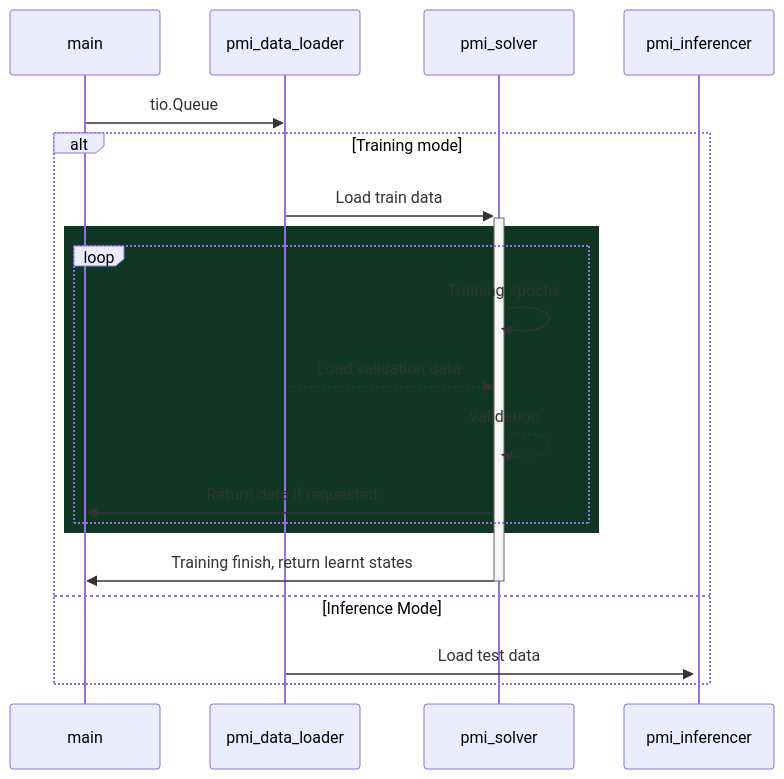
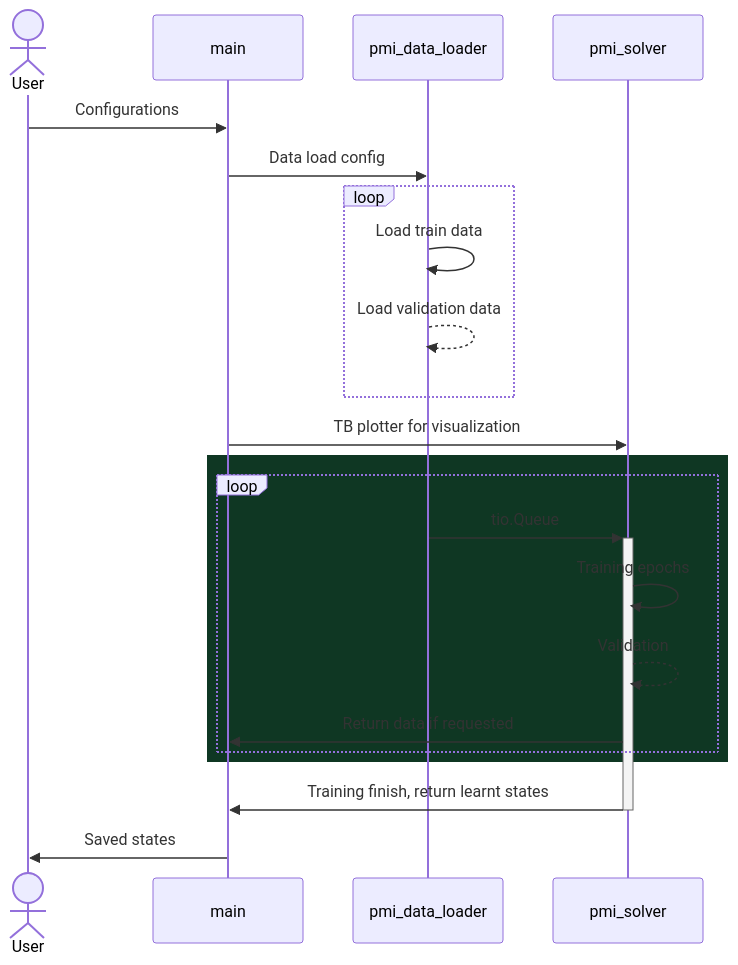
The first of 2 diagrams in README.md (ml-w/pytorch_medical_imaging), drawn with Mermaid before and after one commit. The commit also changed other lines of this file, not shown here.

````diff
--- a/README.md
+++ b/README.md
@@ -32,20 +63,24 @@
 ```mermaid
 sequenceDiagram 
-	main ->> pmi_data_loader: tio.Queue
-	alt Training mode
-	  pmi_data_loader ->>+ pmi_solver: Load train data
-	  rect rgb(15, 55, 35)
-		loop
-	  		pmi_solver ->> pmi_solver: Training epochs
-	  		pmi_data_loader -->> pmi_solver: Load validation data
-	  		pmi_solver -->> pmi_solver: Validation
-  			pmi_solver ->> main: Return data if requested
-  		end
-  		end
+	Actor User
+	User ->> main: Configurations
+	main ->> pmi_data_loader: Data load config
+    loop
+        pmi_data_loader ->> pmi_data_loader: Load train data
+        pmi_data_loader -->> pmi_data_loader: Load validation data
+    end
+    main ->> pmi_solver: TB plotter for visualization
+    rect rgb(15, 55, 35) 
+        loop
+            pmi_data_loader ->>+ pmi_solver: tio.Queue
+            pmi_solver ->> pmi_solver: Training epochs
+            pmi_solver -->> pmi_solver: Validation
+	        pmi_solver ->> main: Return data if requested
+        end
+	end
     pmi_solver ->>- main: Training finish, return learnt states
-	else Inference Mode
-		pmi_data_loader ->> + pmi_inferencer: Load test data
-	end
+    main ->> User: Saved states
+
 
 
 ```
````
